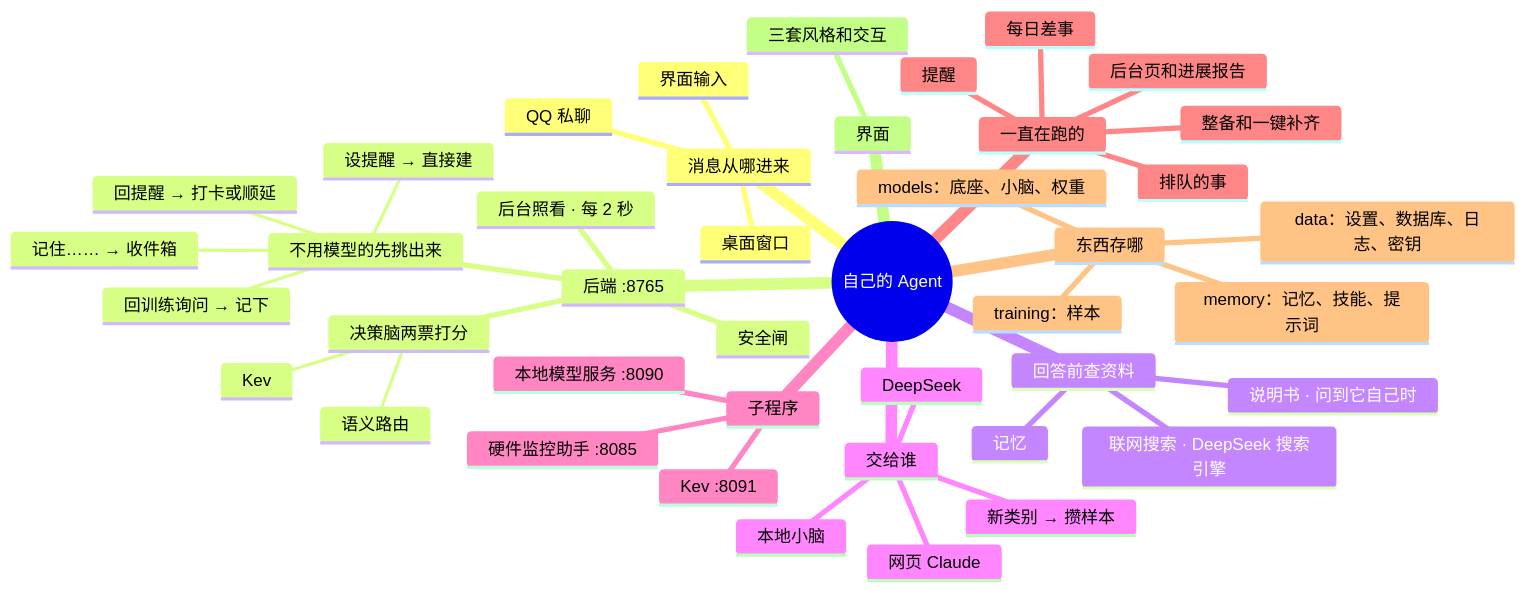
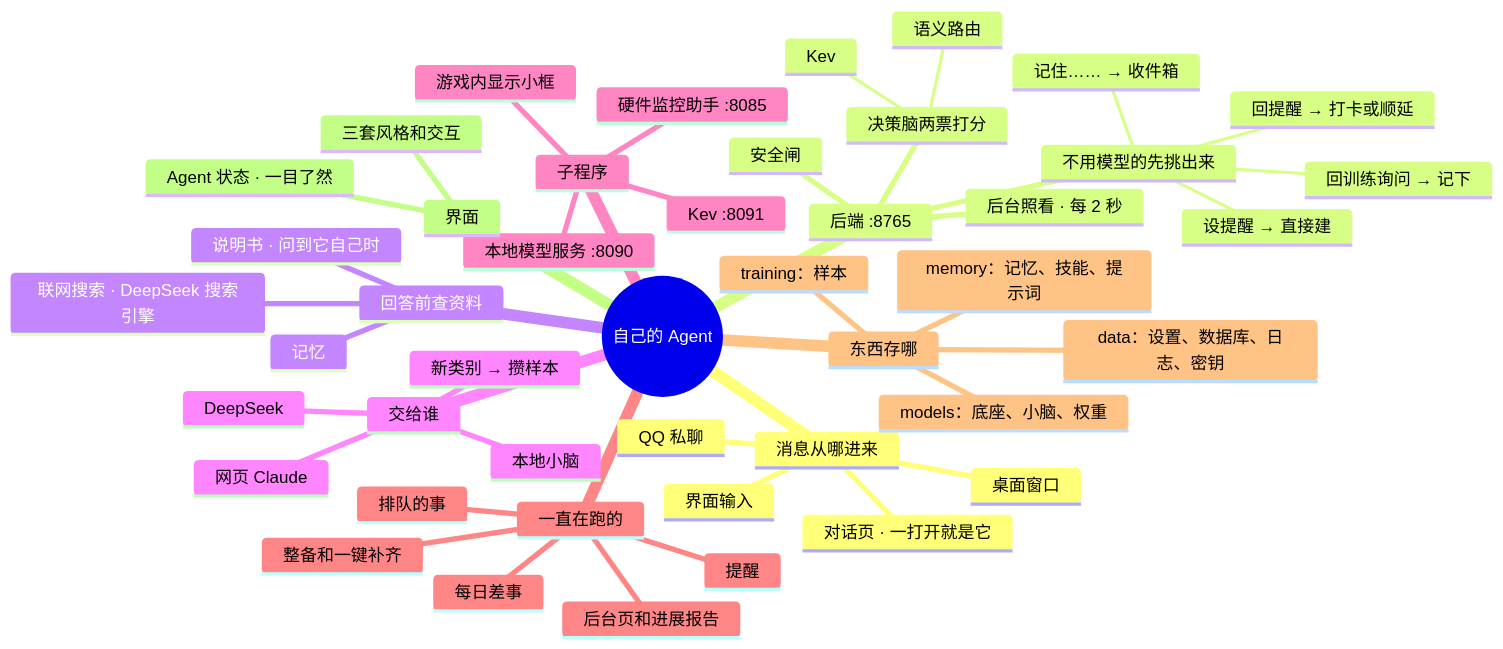
One commit to lql-076/Experiment-Agent-One changed the diagram in docs/AI文档/架构/00-总览.md. Above: the diagram before and after it, drawn with Mermaid. The commit also changed other lines of this file and 36 other files, not shown here.

First line of the commit message:
v1.7.0：对话页、Agent 状态、游戏内显示

````diff
--- a/docs/AI文档/架构/00-总览.md
+++ b/docs/AI文档/架构/00-总览.md
@@ -9,68 +9,74 @@
 ```mermaid
 mindmap
   root((自己的 Agent))
     消息从哪进来
+      对话页 · 一打开就是它
+      :::go-12
       QQ 私聊
       :::svc-qq go-04
       界面输入
       桌面窗口
       :::go-13
     后端 :8765
     :::svc-backend
       不用模型的先挑出来
         回提醒 → 打卡或顺延
         回训练询问 → 记下
         设提醒 → 直接建
         记住…… → 收件箱
       决策脑两票打分
       :::go-01
         语义路由
         Kev
         :::svc-kev
       安全闸
       :::go-08
       后台照看 · 每 2 秒
     回答前查资料
       记忆
       :::go-05
       说明书 · 问到它自己时
       :::go-01
       联网搜索 · DeepSeek 搜索引擎
       :::go-03
     交给谁
       本地小脑
       :::go-02
       DeepSeek
       :::svc-ds go-03
       网页 Claude
       :::go-03
       新类别 → 攒样本
       :::go-06
     子程序
       本地模型服务 :8090
       :::svc-model go-02
       Kev :8091
       :::svc-kev
       硬件监控助手 :8085
       :::svc-hw go-11
+      游戏内显示小框
+      :::go-11
     一直在跑的
       提醒
       :::go-04
       每日差事
       :::svc-nightly go-07
       排队的事
       :::svc-queue
       整备和一键补齐
       :::go-09
       后台页和进展报告
       :::go-10
     东西存哪
       data：设置、数据库、日志、密钥
       memory：记忆、技能、提示词
       :::go-05
       training：样本
       models：底座、小脑、权重
     界面
+      Agent 状态 · 一目了然
+      :::go-12
       三套风格和交互
       :::go-12
 ```
````
